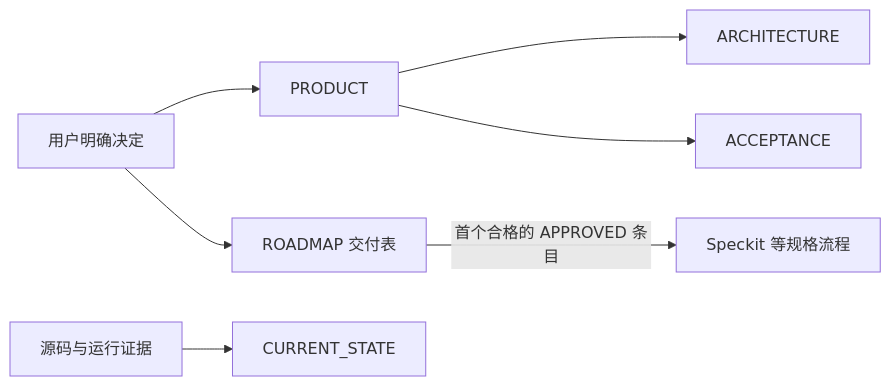
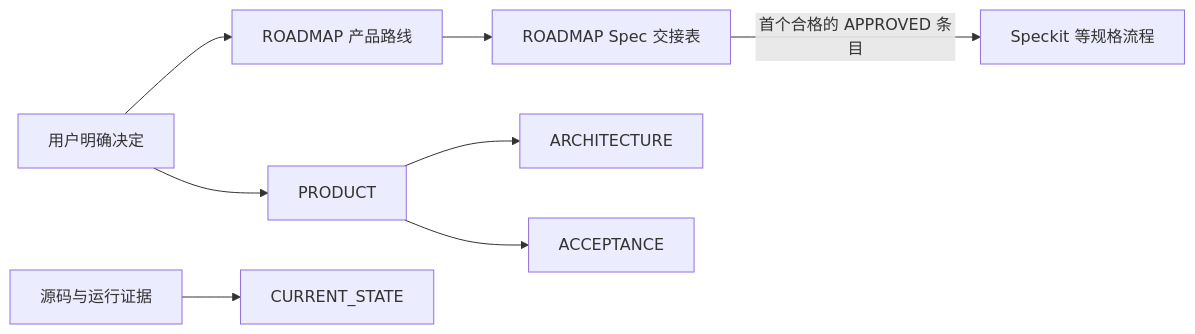
Before and after one commit to yinsang0910-star/product-canon: the diagram in README.md, drawn with Mermaid. The commit also changed other lines of this file and 4 other files, not shown here.

Commit message:
fix product canon roadmap migration

````diff
--- a/README.md
+++ b/README.md
@@ -36,9 +36,10 @@
 ```mermaid
 flowchart LR
     U[用户明确决定] --> P[PRODUCT]
-    U --> R[ROADMAP 交付表]
+    U --> R[ROADMAP 产品路线]
+    R --> H[ROADMAP Spec 交接表]
     P --> A[ARCHITECTURE]
     P --> C[ACCEPTANCE]
     E[源码与运行证据] --> S[CURRENT_STATE]
-    R -->|首个合格的 APPROVED 条目| K[Speckit 等规格流程]
+    H -->|首个合格的 APPROVED 条目| K[Speckit 等规格流程]
 ```
````
